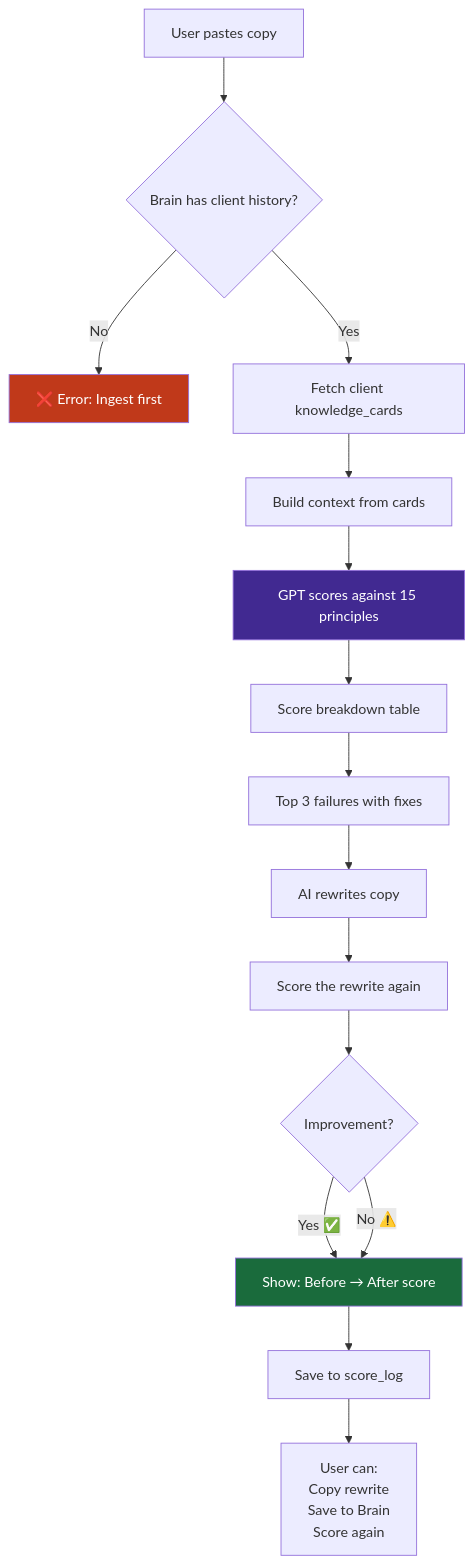
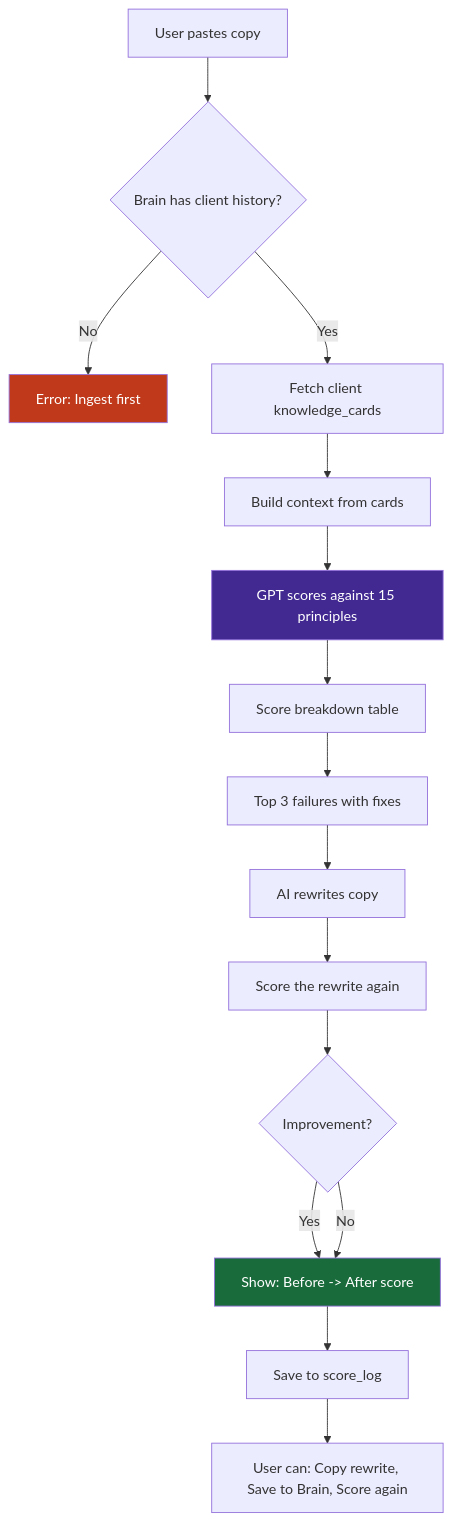
One commit to NikhilRaikwar/BrandBrain changed the fifth of 7 diagrams in README.md. Above: the diagram before and after it, drawn with Mermaid. The commit also changed other lines of this file and 3 other files, not shown here.

````diff
--- a/README.md
+++ b/README.md
@@ -201,25 +196,25 @@
 ```mermaid
 flowchart TD
     A[User pastes copy] --> B{Brain has client history?}
-    B -- No --> C[❌ Error: Ingest first]
+    B -- No --> C[Error: Ingest first]
     B -- Yes --> D[Fetch client knowledge_cards]
 
     D --> E[Build context from cards]
     E --> F[GPT scores against 15 principles]
 
     F --> G[Score breakdown table]
     G --> H[Top 3 failures with fixes]
     H --> I[AI rewrites copy]
     I --> J[Score the rewrite again]
 
     J --> K{Improvement?}
-    K -- Yes ✅ --> L[Show: Before → After score]
-    K -- No ⚠️ --> L
+    K -- Yes --> L[Show: Before -> After score]
+    K -- No --> L
 
     L --> M[Save to score_log]
-    M --> N[User can:\nCopy rewrite\nSave to Brain\nScore again]
+    M --> N[User can: Copy rewrite, Save to Brain, Score again]
 
     style F fill:#412991,color:#fff
     style L fill:#1a6b3c,color:#fff
     style C fill:#c0391a,color:#fff
 ```
````
